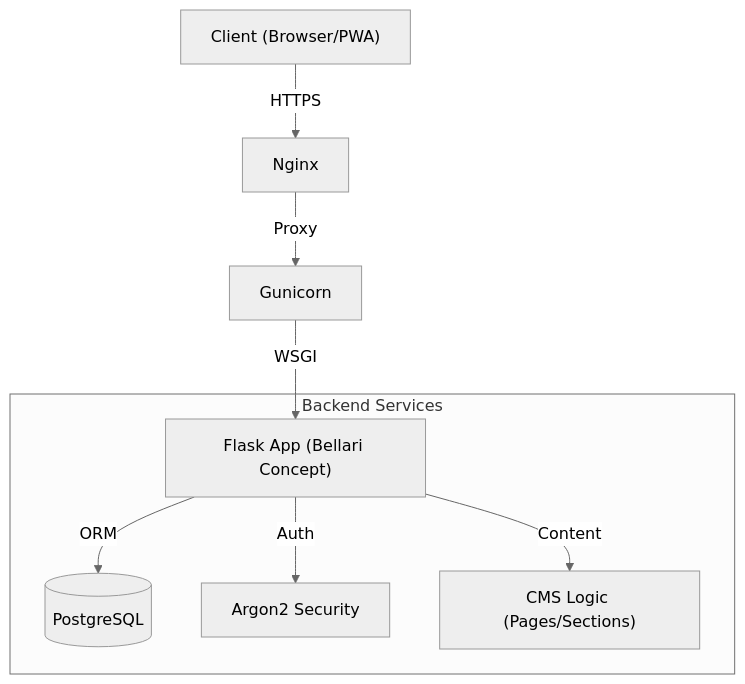
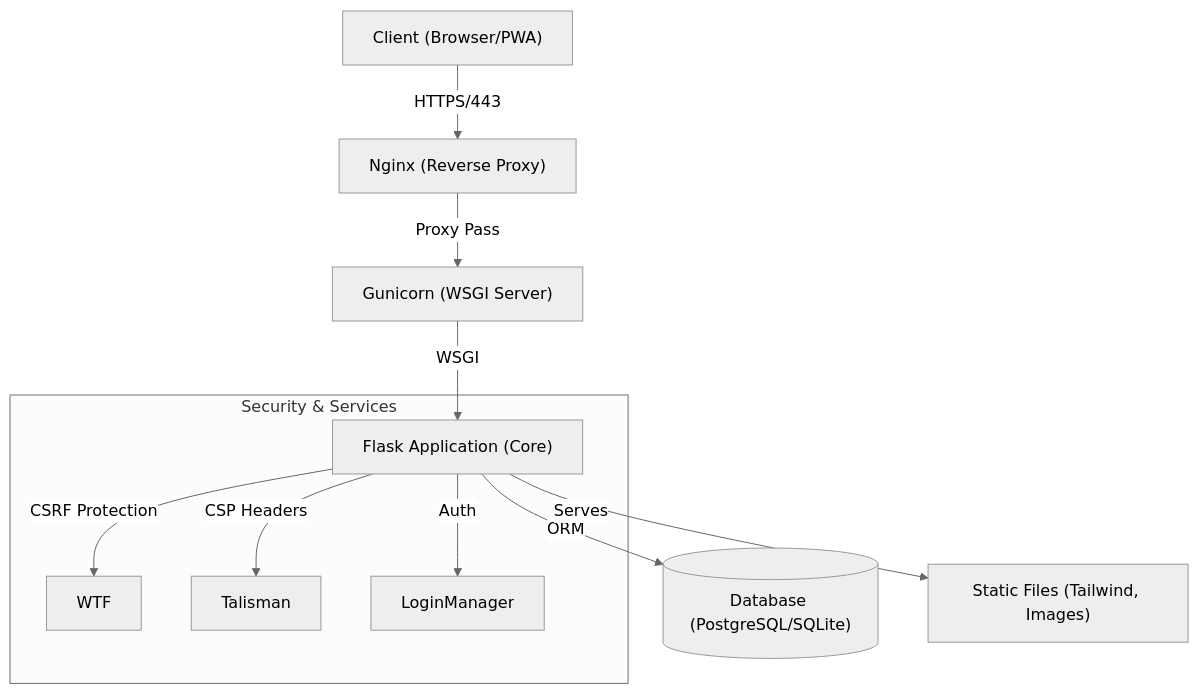
One commit to moa-digitalagency/BellariConcept changed the diagram in README_en.md. Above: the diagram before and after it, drawn with Mermaid (neutral theme). The commit also changed other lines of this file and 17 other files, not shown here.

First line of the commit message:
docs: implement strict proprietary documentation suite (Bellari Concept)

````diff
--- a/README_en.md
+++ b/README_en.md
@@ -23,12 +29,21 @@
 ```mermaid
 graph TD
-    Client["Client (Browser/PWA)"] -->|HTTPS| Nginx["Nginx"]
-    Nginx -->|Proxy| Gunicorn["Gunicorn"]
-    Gunicorn -->|WSGI| App["Flask App (Bellari Concept)"]
+    Client["Client (Browser/PWA)"]
+    Nginx["Nginx (Reverse Proxy)"]
+    Gunicorn["Gunicorn (WSGI Server)"]
+    Flask["Flask Application (Core)"]
+    DB[("Database (PostgreSQL/SQLite)")]
+    Static["Static Files (Tailwind, Images)"]
 
-    subgraph "Backend Services"
-        App -->|ORM| DB[("PostgreSQL")]
-        App -->|Auth| Security["Argon2 Security"]
-        App -->|Content| CMS["CMS Logic (Pages/Sections)"]
+    Client -->|HTTPS/443| Nginx
+    Nginx -->|Proxy Pass| Gunicorn
+    Gunicorn -->|WSGI| Flask
+    Flask -->|ORM| DB
+    Flask -->|Serves| Static
+
+    subgraph "Security & Services"
+        Flask -->|CSRF Protection| WTF
+        Flask -->|CSP Headers| Talisman
+        Flask -->|Auth| LoginManager
     end
 ```
````
